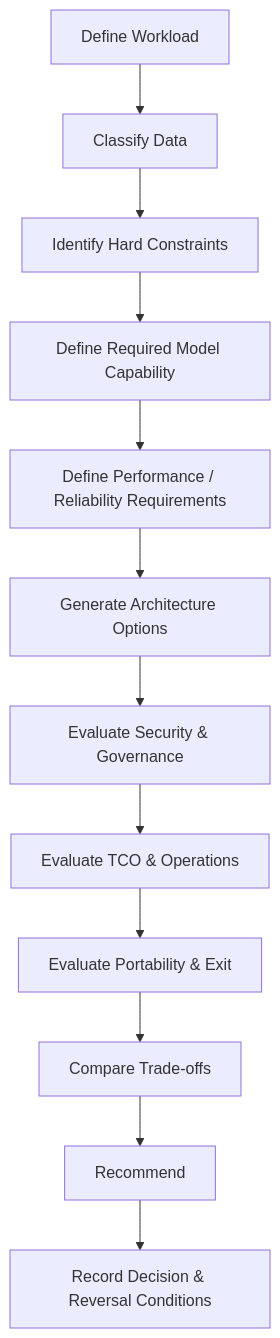
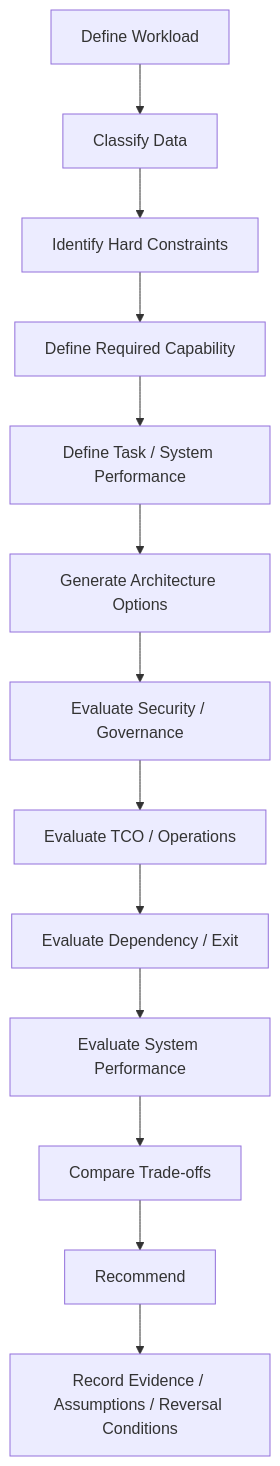
Diagram 12 of 12 in docs/chapters/09-enterprise-llm-architecture.md (huda-salam/ai-architecture-advisor-book), drawn with Mermaid before and after one commit. The commit also changed other lines of this file, not shown here.

Commit message:
Harden Chapter 9 enterprise LLM architecture foundation

````diff
--- a/docs/chapters/09-enterprise-llm-architecture.md
+++ b/docs/chapters/09-enterprise-llm-architecture.md
@@ -621,14 +780,15 @@
 ```mermaid
 flowchart TD
     A[Define Workload] --> B[Classify Data]
     B --> C[Identify Hard Constraints]
-    C --> D[Define Required Model Capability]
-    D --> E[Define Performance / Reliability Requirements]
+    C --> D[Define Required Capability]
+    D --> E[Define Task / System Performance]
     E --> F[Generate Architecture Options]
-    F --> G[Evaluate Security & Governance]
-    G --> H[Evaluate TCO & Operations]
-    H --> I[Evaluate Portability & Exit]
-    I --> J[Compare Trade-offs]
-    J --> K[Recommend]
-    K --> L[Record Decision & Reversal Conditions]
+    F --> G[Evaluate Security / Governance]
+    G --> H[Evaluate TCO / Operations]
+    H --> I[Evaluate Dependency / Exit]
+    I --> J[Evaluate System Performance]
+    J --> K[Compare Trade-offs]
+    K --> L[Recommend]
+    L --> M[Record Evidence / Assumptions / Reversal Conditions]
 ```
````
